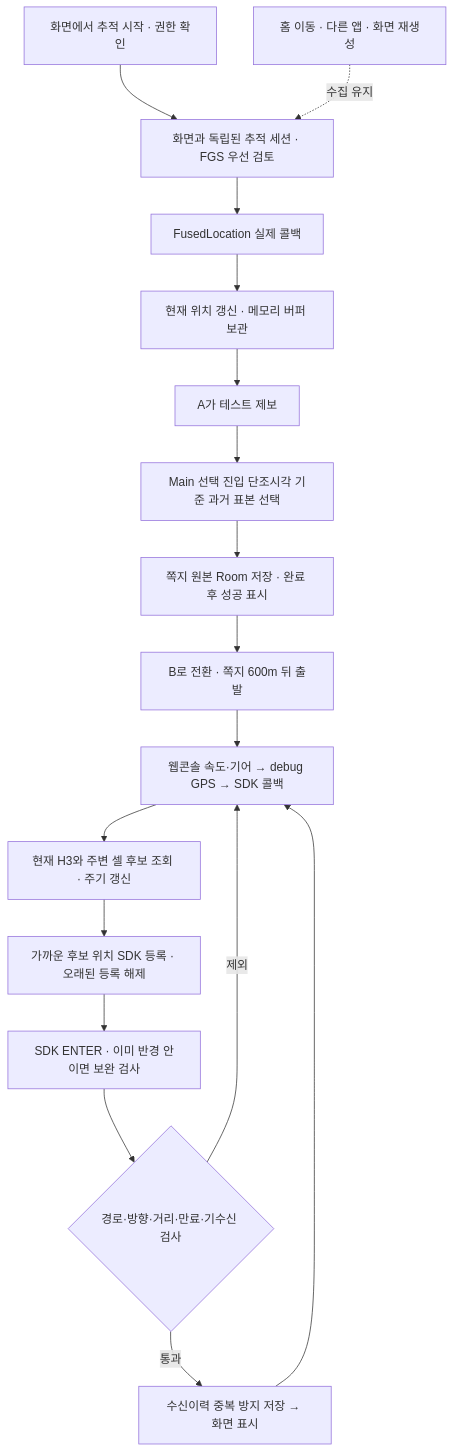
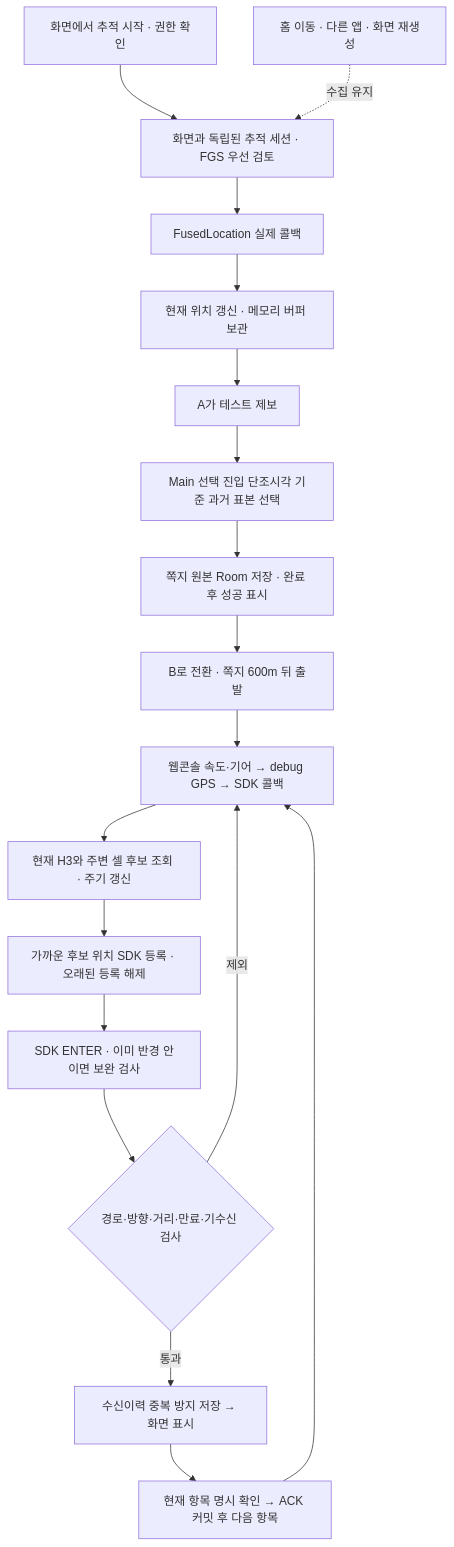
One commit to jin-kim-240204/hyundai-and-gretel changed the diagram in docs/specs/road-notes/00-overview.md. Above: the diagram before and after it, drawn with Mermaid. The commit also changed other lines of this file and 3 other files, not shown here.

````diff
--- a/docs/specs/road-notes/00-overview.md
+++ b/docs/specs/road-notes/00-overview.md
@@ -23,19 +23,20 @@
 ```mermaid
 flowchart TD
     Start[화면에서 추적 시작 · 권한 확인] --> Tracking[화면과 독립된 추적 세션 · FGS 우선 검토]
     Tracking --> SDK[FusedLocation 실제 콜백]
     Away[홈 이동 · 다른 앱 · 화면 재생성] -. 수집 유지 .-> Tracking
     SDK --> Buffer[현재 위치 갱신 · 메모리 버퍼 보관]
     Buffer --> Report[A가 테스트 제보]
     Report --> Anchor[Main 선택 진입 단조시각 기준 과거 표본 선택]
     Anchor --> Save[쪽지 원본 Room 저장 · 완료 후 성공 표시]
     Save --> Switch[B로 전환 · 쪽지 600m 뒤 출발]
     Switch --> Drive[웹콘솔 속도·기어 → debug GPS → SDK 콜백]
     Drive --> Cells[현재 H3와 주변 셀 후보 조회 · 주기 갱신]
     Cells --> Register[가까운 후보 위치 SDK 등록 · 오래된 등록 해제]
     Register --> Enter[SDK ENTER · 이미 반경 안이면 보완 검사]
     Enter --> Check{경로·방향·거리·만료·기수신 검사}
     Check -->|통과| Receipt[수신이력 중복 방지 저장 → 화면 표시]
     Check -->|제외| Drive
-    Receipt --> Drive
+    Receipt --> Confirm[현재 항목 명시 확인 → ACK 커밋 후 다음 항목]
+    Confirm --> Drive
 ```
````
